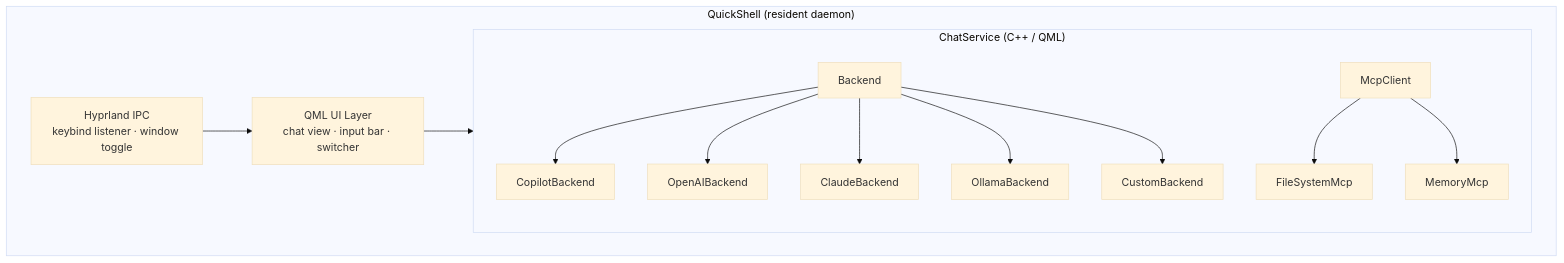
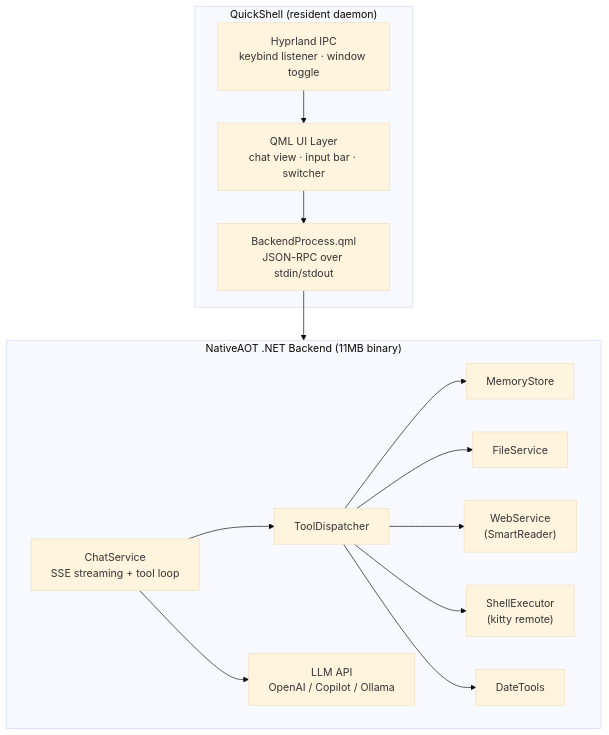
One commit to AlexMacocian/hyprchat changed the diagram in Documentation/architecture.md. Above: the diagram before and after it, drawn with Mermaid (base theme). The commit also changed other lines of this file and 54 other files, not shown here.

Commit message:
Switch backend from shared node + qml to nativeaot .net

````diff
--- a/Documentation/architecture.md
+++ b/Documentation/architecture.md
@@ -7,20 +7,24 @@
 ```mermaid
 graph TD
     subgraph QuickShell["QuickShell (resident daemon)"]
         IPC["Hyprland IPC\nkeybind listener · window toggle"]
         UI["QML UI Layer\nchat view · input bar · switcher"]
         IPC --> UI
+        BP["BackendProcess.qml\nJSON-RPC over stdin/stdout"]
+        UI --> BP
+    end
 
-        subgraph ChatService["ChatService (C++ / QML)"]
-            Backend --> CopilotBackend
-            Backend --> OpenAIBackend
-            Backend --> ClaudeBackend
-            Backend --> OllamaBackend
-            Backend --> CustomBackend
-            McpClient --> FileSystemMcp
-            McpClient --> MemoryMcp
-        end
+    subgraph Backend["NativeAOT .NET Backend (11MB binary)"]
+        CS["ChatService\nSSE streaming + tool loop"]
+        TD["ToolDispatcher"]
+        CS --> TD
+        TD --> MEM["MemoryStore"]
+        TD --> FS["FileService"]
+        TD --> WEB["WebService\n(SmartReader)"]
+        TD --> SH["ShellExecutor\n(kitty remote)"]
+        TD --> DT["DateTools"]
+        CS --> API["LLM API\nOpenAI / Copilot / Ollama"]
+    end
 
-        UI --> ChatService
-    end
+    BP --> Backend
 ```
````
